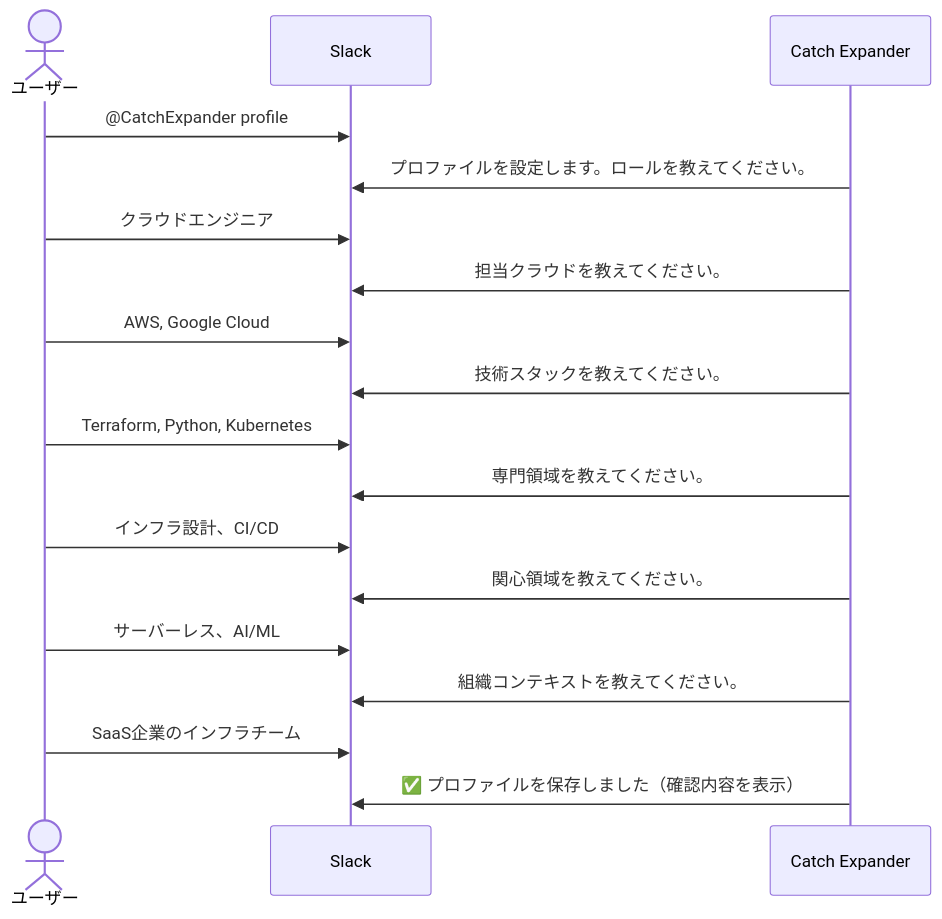
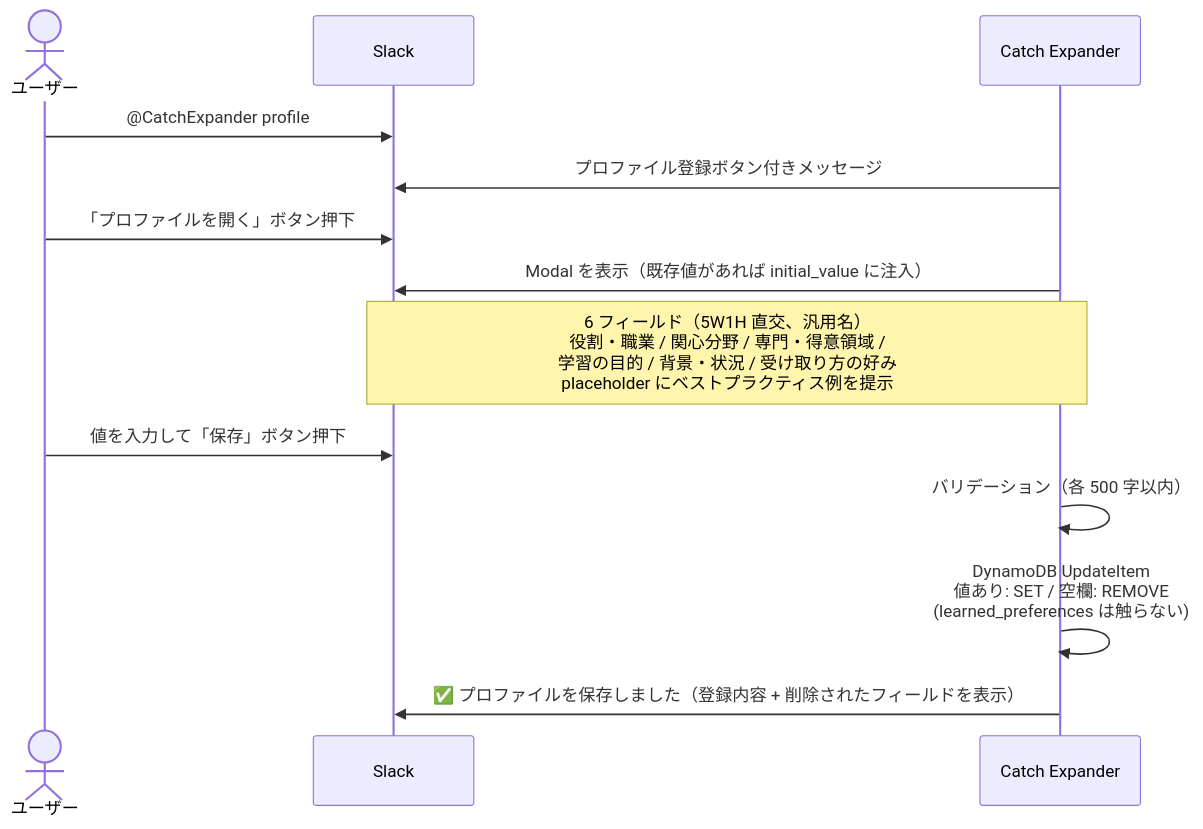
The sixth of 7 diagrams in docs/functional-design.md (Shintaro-Abe/catch-expander-code), drawn with Mermaid before and after one commit. The commit also changed other lines of this file and 7 other files, not shown here.

````diff
--- a/docs/functional-design.md
+++ b/docs/functional-design.md
@@ -810,21 +817,16 @@
 ```mermaid
 sequenceDiagram
     actor U as ユーザー
     participant S as Slack
     participant CE as Catch Expander
 
     U->>S: @CatchExpander profile
-    CE->>S: プロファイルを設定します。ロールを教えてください。
-    U->>S: クラウドエンジニア
-    CE->>S: 担当クラウドを教えてください。
-    U->>S: AWS, Google Cloud
-    CE->>S: 技術スタックを教えてください。
-    U->>S: Terraform, Python, Kubernetes
-    CE->>S: 専門領域を教えてください。
-    U->>S: インフラ設計、CI/CD
-    CE->>S: 関心領域を教えてください。
-    U->>S: サーバーレス、AI/ML
-    CE->>S: 組織コンテキストを教えてください。
-    U->>S: SaaS企業のインフラチーム
-    CE->>S: ✅ プロファイルを保存しました（確認内容を表示）
+    CE->>S: プロファイル登録ボタン付きメッセージ
+    U->>S: 「プロファイルを開く」ボタン押下
+    CE->>S: Modal を表示（既存値があれば initial_value に注入）
+    Note over CE,S: 6 フィールド（5W1H 直交、汎用名）<br/>役割・職業 / 関心分野 / 専門・得意領域 /<br/>学習の目的 / 背景・状況 / 受け取り方の好み<br/>placeholder にベストプラクティス例を提示
+    U->>S: 値を入力して「保存」ボタン押下
+    CE->>CE: バリデーション（各 500 字以内）
+    CE->>CE: DynamoDB UpdateItem<br/>値あり: SET / 空欄: REMOVE<br/>(learned_preferences は触らない)
+    CE->>S: ✅ プロファイルを保存しました（登録内容 + 削除されたフィールドを表示）
 ```
````
